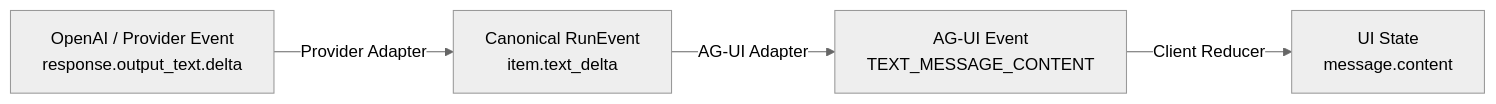
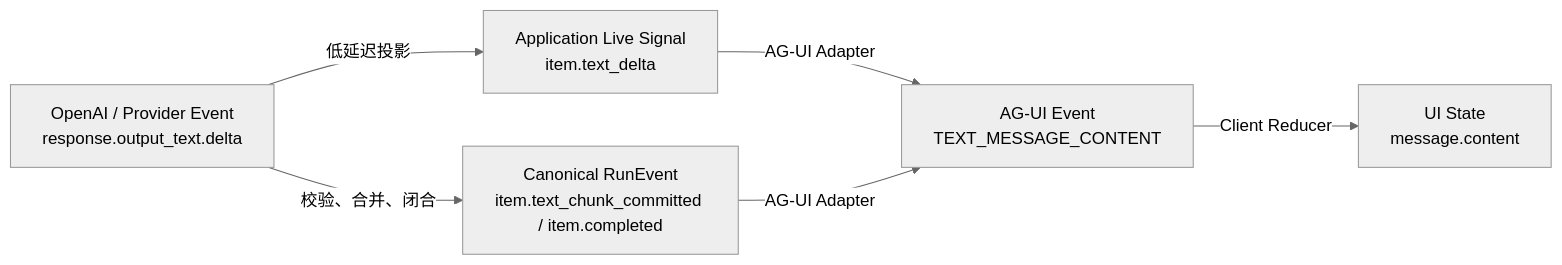
The first of 3 diagrams in site/05-模型接口与Agent内核/10-AG-UI与前端事件适配.md (whatthehan/masterpiece-static-docs), drawn with Mermaid (neutral theme) before and after one commit. The commit also changed other lines of this file and 125 other files, not shown here.

````diff
--- a/site/05-模型接口与Agent内核/10-AG-UI与前端事件适配.md
+++ b/site/05-模型接口与Agent内核/10-AG-UI与前端事件适配.md
@@ -23,11 +23,14 @@
 ```mermaid
 flowchart LR
     P["OpenAI / Provider Event<br/>response.output_text.delta"]
-    C["Canonical RunEvent<br/>item.text_delta"]
+    L["Application Live Signal<br/>item.text_delta"]
+    C["Canonical RunEvent<br/>item.text_chunk_committed / item.completed"]
     A["AG-UI Event<br/>TEXT_MESSAGE_CONTENT"]
     U["UI State<br/>message.content"]
 
-    P -->|Provider Adapter| C
+    P -->|低延迟投影| L
+    P -->|校验、合并、闭合| C
+    L -->|AG-UI Adapter| A
     C -->|AG-UI Adapter| A
     A -->|Client Reducer| U
 ```
````
